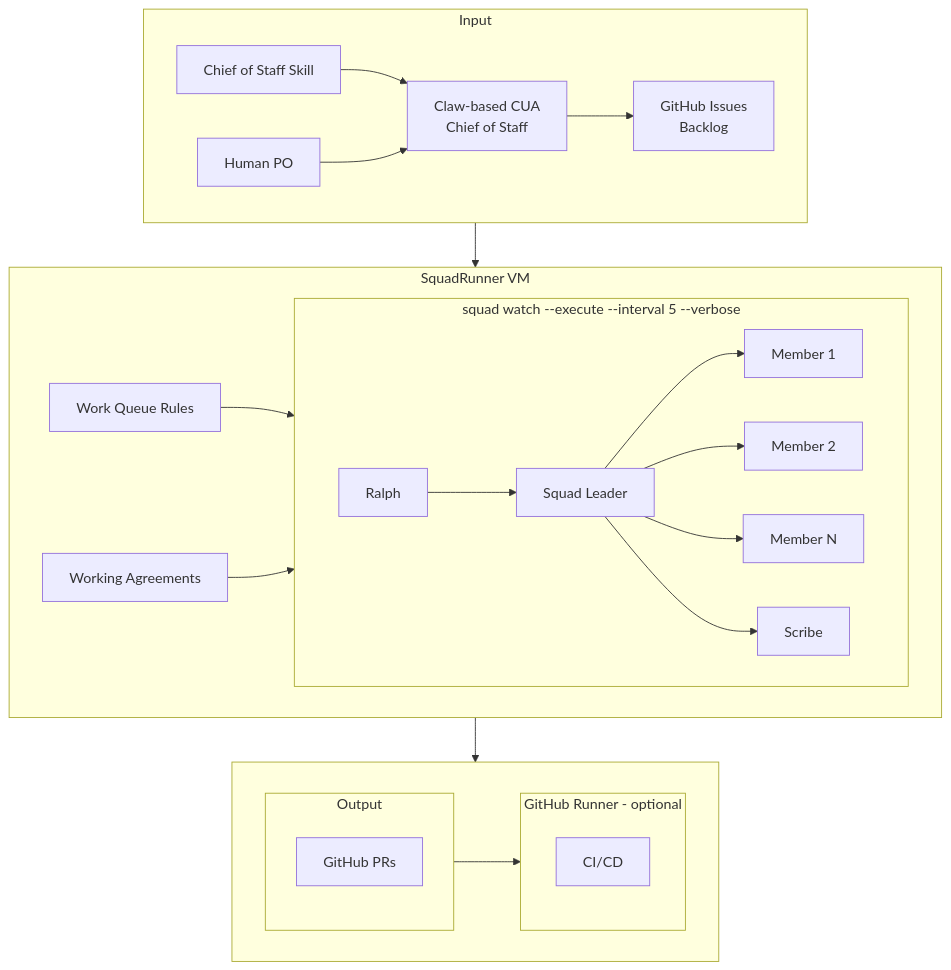
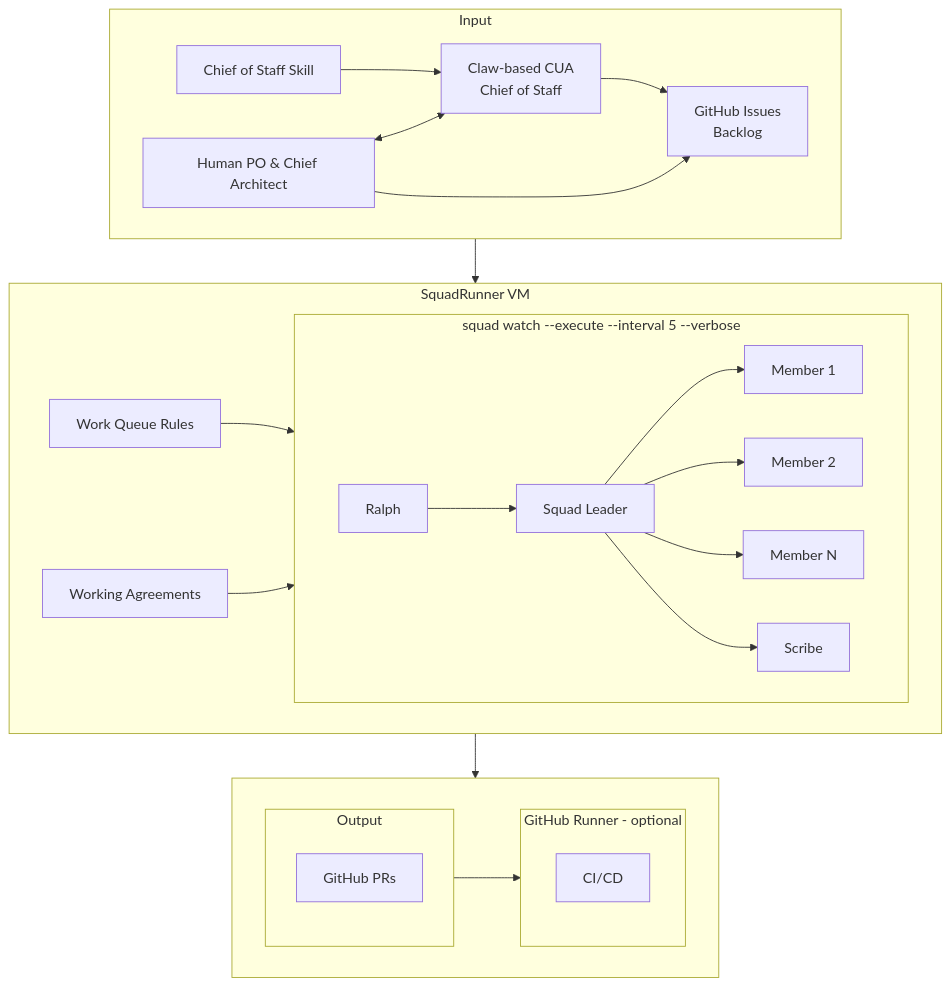
The diagram in README.md (TheeUnderdog/SquadRunner), drawn with Mermaid before and after one commit. The commit also changed other lines of this file and 2 other files, not shown here.

Commit message:
Update diagram: Human PO above CUA, both feed backlog
- Chief of Staff Skill → CUA
- Human PO & Chief Architect ↔ CUA (two-way)
- Both Human and CUA → Backlog

Also adds:
- Consolidated setup-squadrunner.sh script
- Sitrep command in Chief of Staff skill

````diff
--- a/README.md
+++ b/README.md
@@ -9,36 +9,37 @@
 ```mermaid
 flowchart TD
     subgraph Input
-        direction LR
         COS[Chief of Staff Skill] --> CUA
-        H[Human PO] --> CUA[Claw-based CUA<br/>Chief of Staff] --> GH[GitHub Issues<br/>Backlog]
+        H[Human PO & Chief Architect] <--> CUA[Claw-based CUA<br/>Chief of Staff]
+        H --> GH[GitHub Issues<br/>Backlog]
+        CUA --> GH
     end
     
     Input --> VM
     
     subgraph VM[SquadRunner VM]
         WQ[Work Queue Rules] --> SW
         WR[Working Agreements] --> SW
         subgraph SW[squad watch --execute --interval 5 --verbose]
             direction LR
             R[Ralph] --> SL[Squad Leader]
             SL --> M1[Member 1]
             SL --> M2[Member 2]
             SL --> MN[Member N]
             SL --> SC[Scribe]
         end
     end
     
     VM --> Bottom
     
     subgraph Bottom[ ]
         direction LR
         subgraph Output
             PR[GitHub PRs]
         end
         Output --> Runner
         subgraph Runner[GitHub Runner - optional]
             CI[CI/CD]
         end
     end
 ```
````
